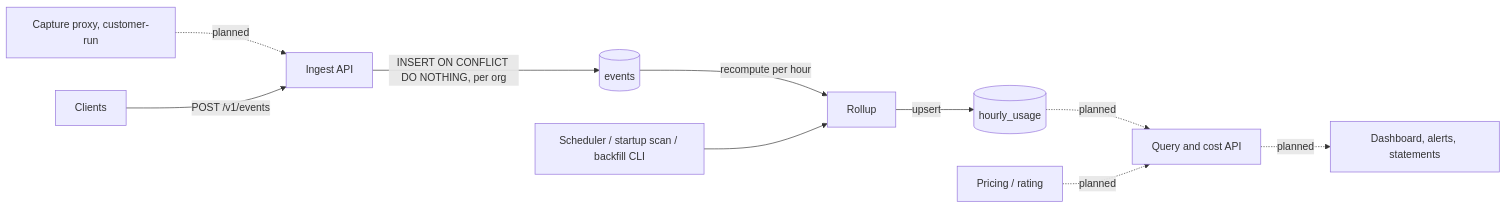
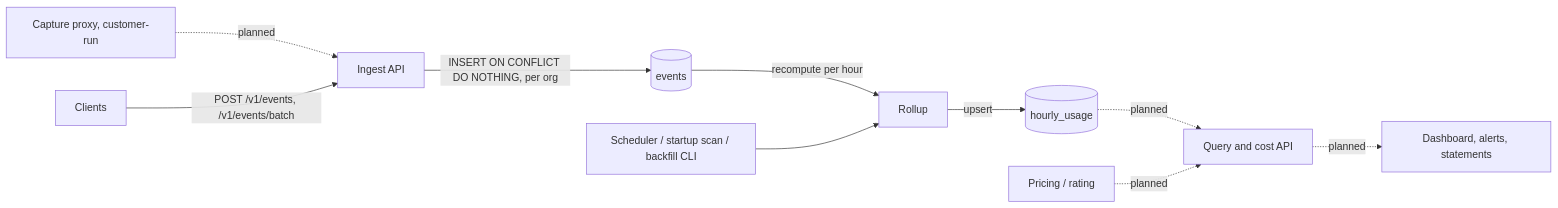
Before and after one commit to CheeseBurger7/llm-usage-meter: the diagram in README.md, drawn with Mermaid. The commit also changed 3 other files, not shown here.

Commit message:
docs: batch ingest endpoint, open question Q15

````diff
--- a/README.md
+++ b/README.md
@@ -77,12 +77,12 @@
 ```mermaid
 flowchart LR
     X[Capture proxy, customer-run] -.->|planned| I
-    C[Clients] -->|POST /v1/events| I[Ingest API]
+    C[Clients] -->|POST /v1/events, /v1/events/batch| I[Ingest API]
     I -->|INSERT ON CONFLICT DO NOTHING, per org| E[(events)]
     E -->|recompute per hour| R[Rollup]
     S[Scheduler / startup scan / backfill CLI] --> R
     R -->|upsert| H[(hourly_usage)]
     H -.->|planned| Q[Query and cost API]
     P[Pricing / rating] -.->|planned| Q
     Q -.->|planned| D[Dashboard, alerts, statements]
 ```
````
